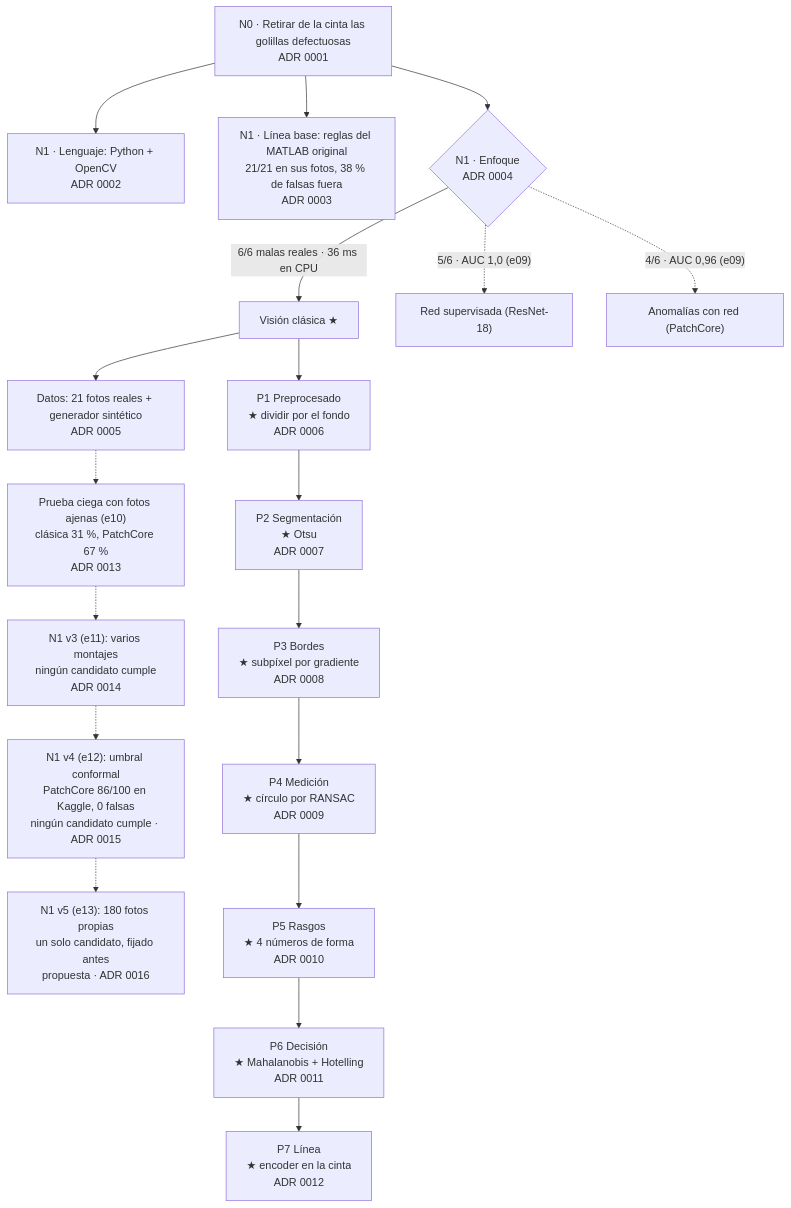
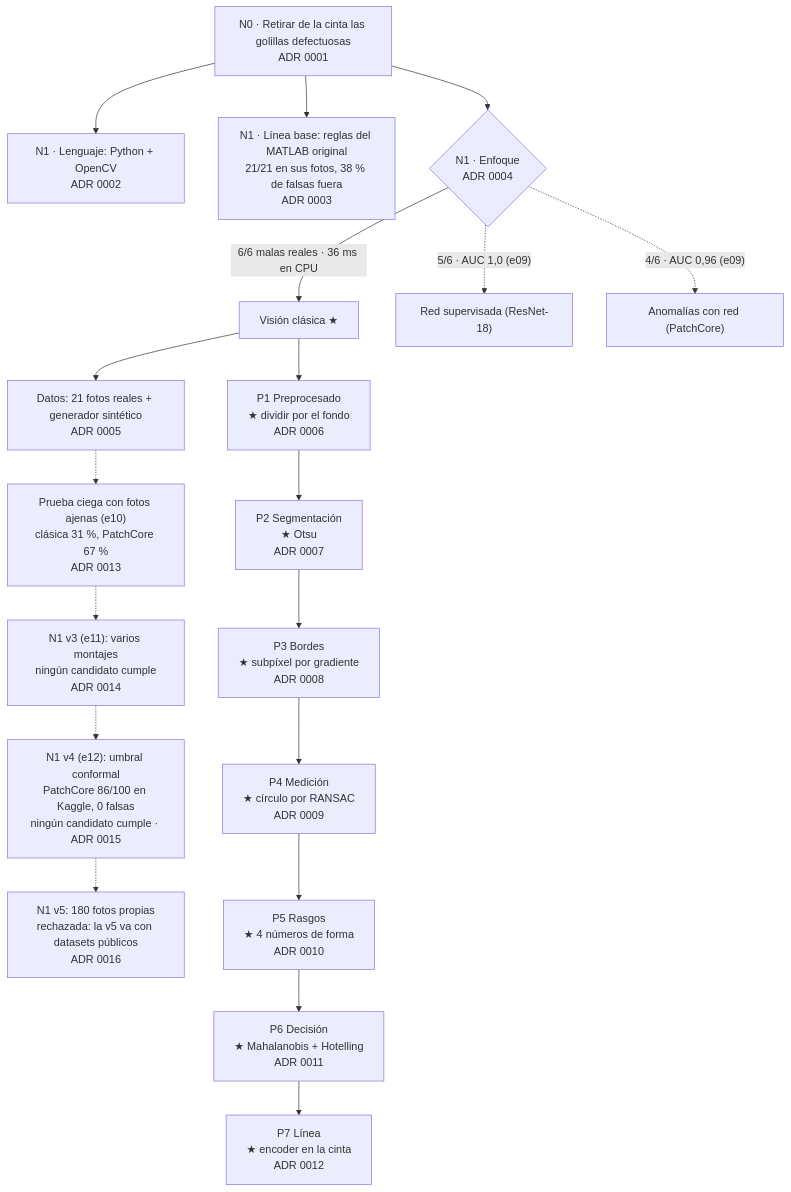
One commit to CarryMankeke/inspeccion-golillas changed the diagram in docs/arbol.md. Above: the diagram before and after it, drawn with Mermaid. The commit also changed 4 other files, not shown here.

Commit message:
ADR 0016 rechazada: Camilo decidió que la v5 no usa fotos propias; va con datasets públicos de golillas buenas y malas, de varios tipos (ADR nuevo por escribir)

````diff
--- a/docs/arbol.md
+++ b/docs/arbol.md
@@ -12,22 +12,22 @@
 ```mermaid
 flowchart TD
     N0["N0 · Retirar de la cinta las golillas defectuosas<br/>ADR 0001"]
     N0 --> L["N1 · Lenguaje: Python + OpenCV<br/>ADR 0002"]
     N0 --> B["N1 · Línea base: reglas del MATLAB original<br/>21/21 en sus fotos, 38 % de falsas fuera<br/>ADR 0003"]
     N0 --> E{"N1 · Enfoque<br/>ADR 0004"}
     E -->|"6/6 malas reales · 36 ms en CPU"| C["Visión clásica ★"]
     E -.->|"5/6 · AUC 1,0 (e09)"| RS["Red supervisada (ResNet-18)"]
     E -.->|"4/6 · AUC 0,96 (e09)"| PC["Anomalías con red (PatchCore)"]
     C --> D["Datos: 21 fotos reales + generador sintético<br/>ADR 0005"]
     D -.-> DP["Prueba ciega con fotos ajenas (e10)<br/>clásica 31 %, PatchCore 67 %<br/>ADR 0013"]
     DP -.-> V3["N1 v3 (e11): varios montajes<br/>ningún candidato cumple<br/>ADR 0014"]
     V3 -.-> V4["N1 v4 (e12): umbral conformal<br/>PatchCore 86/100 en Kaggle, 0 falsas<br/>ningún candidato cumple · ADR 0015"]
-    V4 -.-> V5["N1 v5 (e13): 180 fotos propias<br/>un solo candidato, fijado antes<br/>propuesta · ADR 0016"]
+    V4 -.-> V5["N1 v5: 180 fotos propias<br/>rechazada: la v5 va con datasets públicos<br/>ADR 0016"]
     C --> P1["P1 Preprocesado<br/>★ dividir por el fondo<br/>ADR 0006"]
     P1 --> P2["P2 Segmentación<br/>★ Otsu<br/>ADR 0007"]
     P2 --> P3["P3 Bordes<br/>★ subpíxel por gradiente<br/>ADR 0008"]
     P3 --> P4["P4 Medición<br/>★ círculo por RANSAC<br/>ADR 0009"]
     P4 --> P5["P5 Rasgos<br/>★ 4 números de forma<br/>ADR 0010"]
     P5 --> P6["P6 Decisión<br/>★ Mahalanobis + Hotelling<br/>ADR 0011"]
     P6 --> P7["P7 Línea<br/>★ encoder en la cinta<br/>ADR 0012"]
 ```
````
